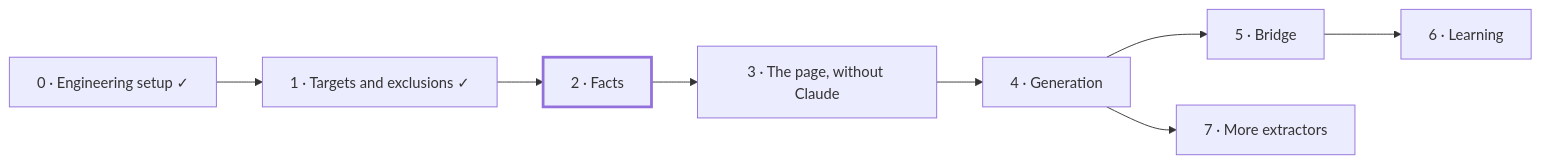
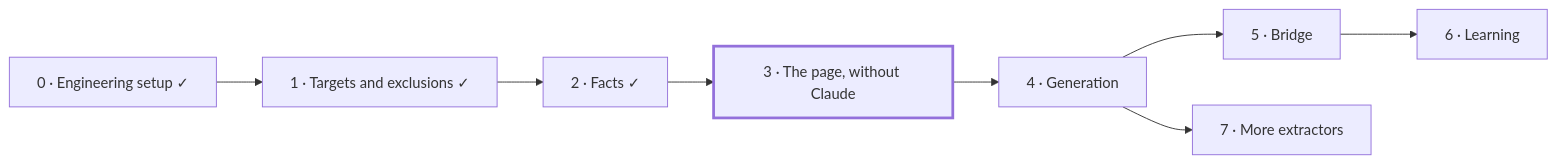
One commit to mohamed-abdelsattar92/codetrail changed the sixth of 6 diagrams in README.md. Above: the diagram before and after it, drawn with Mermaid. The commit also changed other lines of this file and 13 other files, not shown here.

````diff
--- a/README.md
+++ b/README.md
@@ -236,11 +236,11 @@
 ```mermaid
 flowchart LR
     P0["0 · Engineering setup ✓"] --> P1["1 · Targets and exclusions ✓"]
-    P1 --> P2["2 · Facts"]:::next
-    P2 --> P3["3 · The page, without Claude"]
+    P1 --> P2["2 · Facts ✓"]
+    P2 --> P3["3 · The page, without Claude"]:::next
     P3 --> P4["4 · Generation"]
     P4 --> P5["5 · Bridge"]
     P5 --> P6["6 · Learning"]
     P4 --> P7["7 · More extractors"]
     classDef next stroke-width:3px
 ```
````
